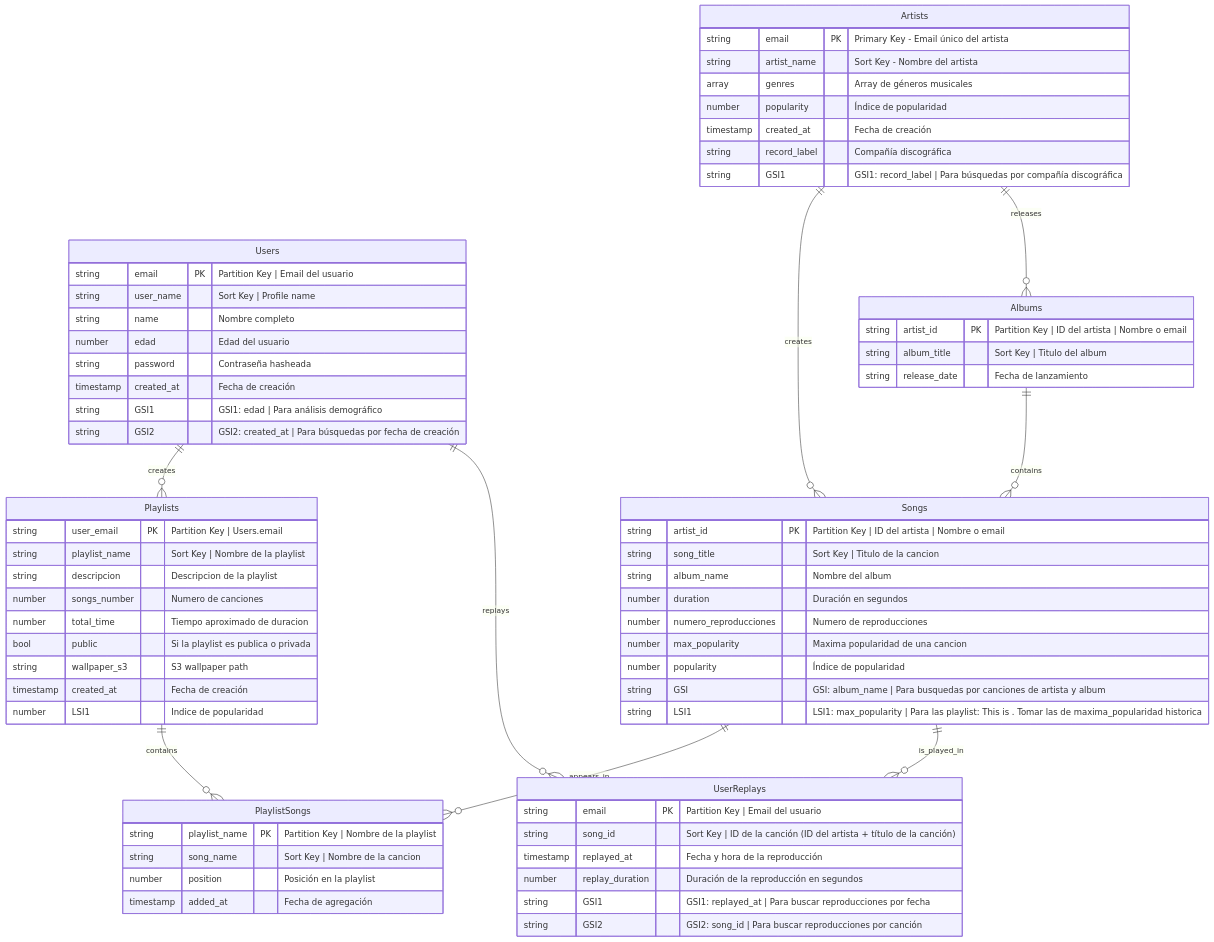
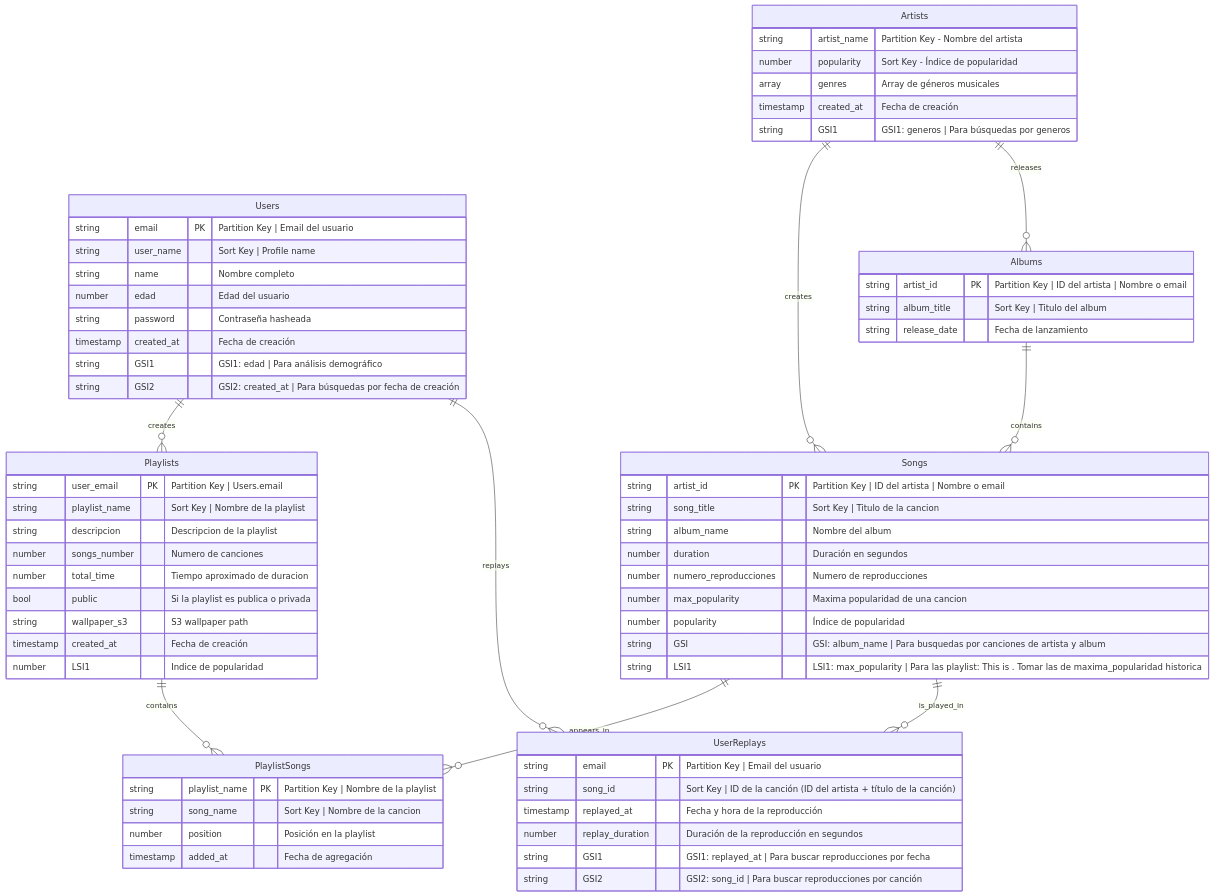
The second of 2 diagrams in prompts.md (jeremy-jmc/cloud-computing-final-project), drawn with Mermaid before and after one commit. The commit also changed 5 other files, not shown here.

````diff
--- a/prompts.md
+++ b/prompts.md
@@ -211,80 +211,78 @@
 ```mermaid
 erDiagram
     Users {
         string email PK "Partition Key | Email del usuario"
         string user_name "Sort Key | Profile name"
         string name "Nombre completo"
         number edad "Edad del usuario"
         string password "Contraseña hasheada"
         timestamp created_at "Fecha de creación"
         string GSI1 "GSI1: edad | Para análisis demográfico"
         string GSI2 "GSI2: created_at | Para búsquedas por fecha de creación"
     }
 
     Artists {
-        string email PK "Primary Key - Email único del artista"
-        string artist_name "Sort Key - Nombre del artista"
+        string artist_name "Partition Key - Nombre del artista"
+        number popularity "Sort Key - Índice de popularidad"
         array genres "Array de géneros musicales"
-        number popularity "Índice de popularidad"
         timestamp created_at "Fecha de creación"
-        string record_label "Compañía discográfica"
-        string GSI1 "GSI1: record_label | Para búsquedas por compañía discográfica"
+        string GSI1 "GSI1: generos | Para búsquedas por generos"
     }
 
     Playlists {
         string user_email PK "Partition Key | Users.email"
         string playlist_name "Sort Key | Nombre de la playlist"
         string descripcion "Descripcion de la playlist"
         number songs_number "Numero de canciones"
         number total_time "Tiempo aproximado de duracion"
         bool public "Si la playlist es publica o privada"
         string wallpaper_s3 "S3 wallpaper path"
         timestamp created_at "Fecha de creación"
         number LSI1  "Indice de popularidad"
     }
 
     Songs {
         string artist_id PK "Partition Key | ID del artista | Nombre o email"
         string song_title "Sort Key | Titulo de la cancion"
         string album_name "Nombre del album"
         number duration "Duración en segundos"
         number numero_reproducciones "Numero de reproducciones"
         number max_popularity "Maxima popularidad de una cancion"
         number popularity "Índice de popularidad"
         string GSI "GSI: album_name | Para busquedas por canciones de artista y album"
         string LSI1 "LSI1: max_popularity | Para las playlist: This is <artista> . Tomar las de maxima_popularidad historica"
     }
 
     
     Albums {
         string artist_id PK "Partition Key | ID del artista | Nombre o email"
         string album_title "Sort Key | Titulo del album"
         string release_date "Fecha de lanzamiento"
     }
 
     PlaylistSongs {
         string playlist_name PK "Partition Key | Nombre de la playlist"
         string song_name "Sort Key | Nombre de la cancion"
         number position "Posición en la playlist"
         timestamp added_at "Fecha de agregación"
     }
 
 
     UserReplays {
         string email PK "Partition Key | Email del usuario"
         string song_id "Sort Key | ID de la canción (ID del artista + título de la canción)"
         timestamp replayed_at "Fecha y hora de la reproducción"
         number replay_duration "Duración de la reproducción en segundos"
         string GSI1 "GSI1: replayed_at | Para buscar reproducciones por fecha"
         string GSI2 "GSI2: song_id | Para buscar reproducciones por canción"
     }
 
     Artists ||--o{ Songs : "creates"
     Artists ||--o{ Albums : "releases"
     Albums ||--o{ Songs : "contains"
     Users ||--o{ Playlists : "creates"
     Playlists ||--o{ PlaylistSongs : "contains"
     Songs ||--o{ PlaylistSongs : "appears_in"
     Users ||--o{ UserReplays : "replays"
     Songs ||--o{ UserReplays : "is_played_in"
 ```
````
